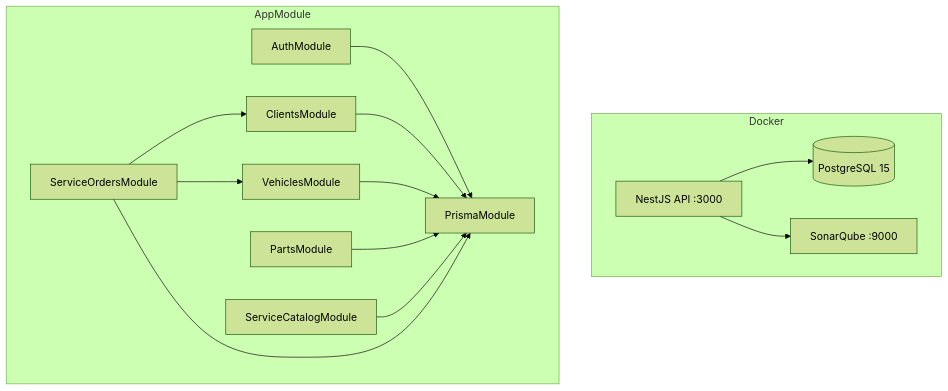
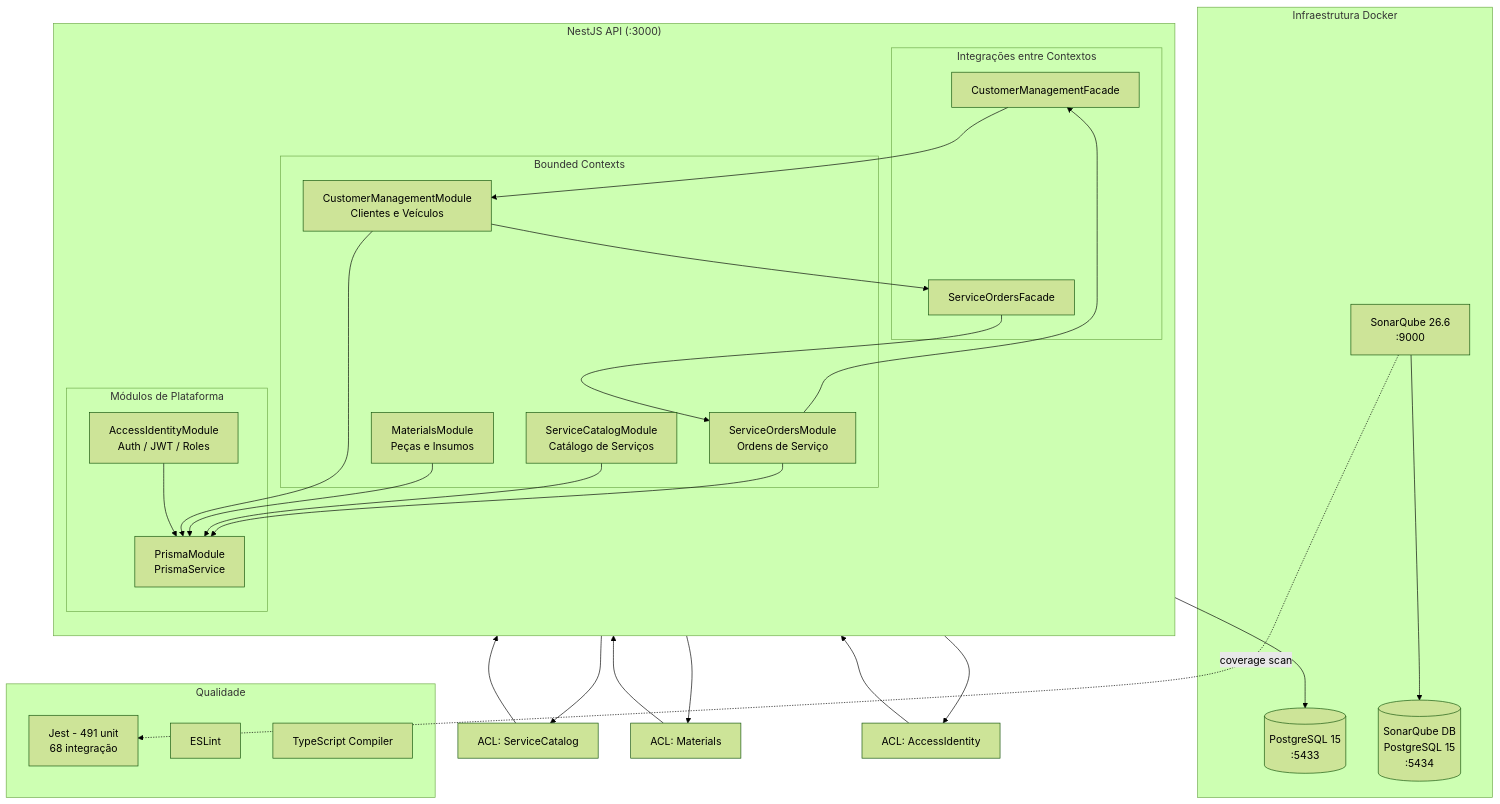
Before and after one commit to DevKaue/TechChallange: the diagram in docs/diagrams/01-arquitetura-geral.mmd, drawn with Mermaid (forest theme). The commit also changed 6 other files, not shown here.

Commit message:
Fluxos mermaid atualizados

```diff
--- a/docs/diagrams/01-arquitetura-geral.mmd
+++ b/docs/diagrams/01-arquitetura-geral.mmd
@@ -1,27 +1,56 @@
 graph TB
-    subgraph Docker
-        DB[(PostgreSQL 15)]
-        API[NestJS API :3000]
-        SONAR[SonarQube :9000]
+    subgraph Docker["Infraestrutura Docker"]
+        DB[(PostgreSQL 15<br/>:5433)]
+        SONAR[SonarQube 26.6<br/>:9000]
+        SONAR_DB[(SonarQube DB<br/>PostgreSQL 15<br/>:5434)]
     end
 
-    subgraph AppModule
-        AUTH[AuthModule]
-        CLI[ClientsModule]
-        VEH[VehiclesModule]
-        PARTS[PartsModule]
-        SCAT[ServiceCatalogModule]
-        SO[ServiceOrdersModule]
-        PRISMA[PrismaModule]
+    subgraph NestJS["NestJS API (:3000)"]
+        direction TB
+
+        subgraph Plataforma["Módulos de Plataforma"]
+            PRISMA[PrismaModule<br/>PrismaService]
+            ACCESS[AccessIdentityModule<br/>Auth / JWT / Roles]
+        end
+
+        subgraph Contextos["Bounded Contexts"]
+            CM[CustomerManagementModule<br/>Clientes e Veículos]
+            MAT[MaterialsModule<br/>Peças e Insumos]
+            SCAT[ServiceCatalogModule<br/>Catálogo de Serviços]
+            SO[ServiceOrdersModule<br/>Ordens de Serviço]
+        end
+
+        subgraph Integracoes["Integrações entre Contextos"]
+            FACADE_CM[CustomerManagementFacade]
+            FACADE_SO[ServiceOrdersFacade]
+        end
     end
 
-    API --> DB
-    API --> SONAR
-    AUTH --> PRISMA
-    CLI --> PRISMA
-    VEH --> PRISMA
-    PARTS --> PRISMA
+    subgraph Testes["Qualidade"]
+        JEST[Jest - 491 unit<br/>68 integração]
+        LINT[ESLint]
+        TSC[TypeScript Compiler]
+    end
+
+    SONAR --> SONAR_DB
+    ACCESS --> PRISMA
+    CM --> PRISMA
+    MAT --> PRISMA
     SCAT --> PRISMA
     SO --> PRISMA
-    SO --> CLI
-    SO --> VEH
+
+    PRISMA --> DB
+
+    SO --> FACADE_CM
+    SO --> FACADE_SCAT[ACL: ServiceCatalog]
+    SO --> FACADE_MAT[ACL: Materials]
+    SO --> FACADE_USER[ACL: AccessIdentity]
+    FACADE_CM --> CM
+    FACADE_SCAT --> SCAT
+    FACADE_MAT --> MAT
+    FACADE_USER --> ACCESS
+
+    CM --> FACADE_SO
+    FACADE_SO --> SO
+
+    SONAR -.->|coverage scan| JEST
```
